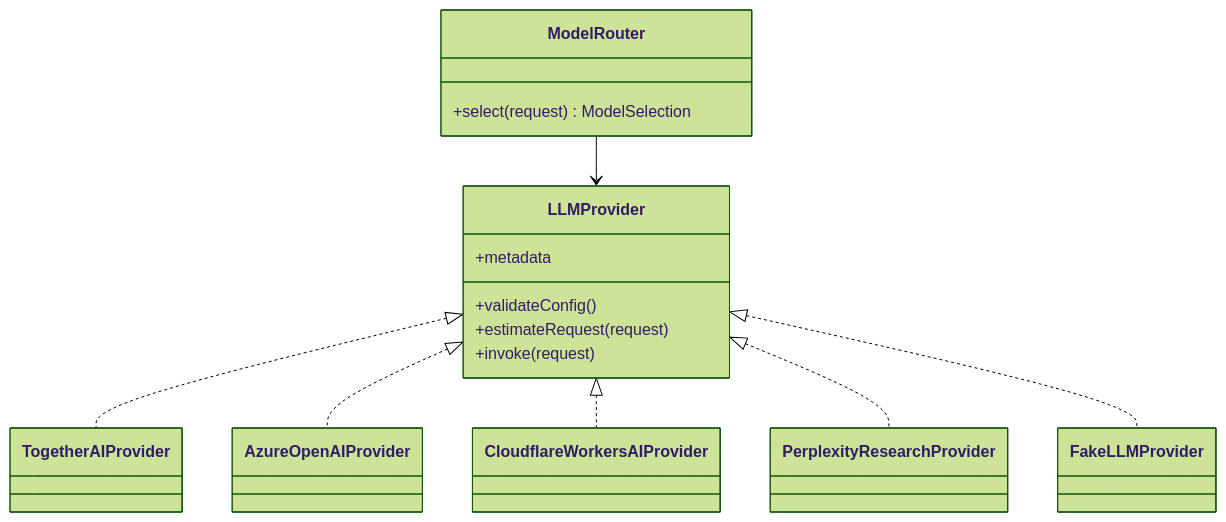
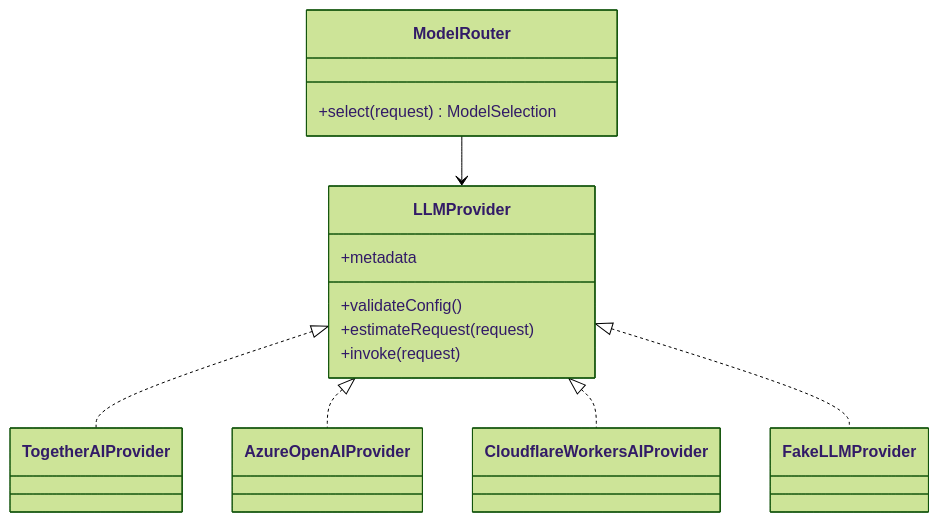
Before and after one commit to ArchiTecCTT/Rector: the eighth of 17 diagrams in docs/architecture/current-rector-byok-architecture.md, drawn with Mermaid (forest theme). The commit also changed other lines of this file and 14 other files, not shown here.

Commit message:
feat(byok): remove Perplexity provider across codebase (task 1)

````diff
--- a/docs/architecture/current-rector-byok-architecture.md
+++ b/docs/architecture/current-rector-byok-architecture.md
@@ -331,26 +331,24 @@
 ```mermaid
 classDiagram
   class ModelRouter {
     +select(request) ModelSelection
   }
 
   class LLMProvider {
     +metadata
     +validateConfig()
     +estimateRequest(request)
     +invoke(request)
   }
 
   class TogetherAIProvider
   class AzureOpenAIProvider
   class CloudflareWorkersAIProvider
-  class PerplexityResearchProvider
   class FakeLLMProvider
 
   ModelRouter --> LLMProvider
   LLMProvider <|.. TogetherAIProvider
   LLMProvider <|.. AzureOpenAIProvider
   LLMProvider <|.. CloudflareWorkersAIProvider
-  LLMProvider <|.. PerplexityResearchProvider
   LLMProvider <|.. FakeLLMProvider
 ```
````
